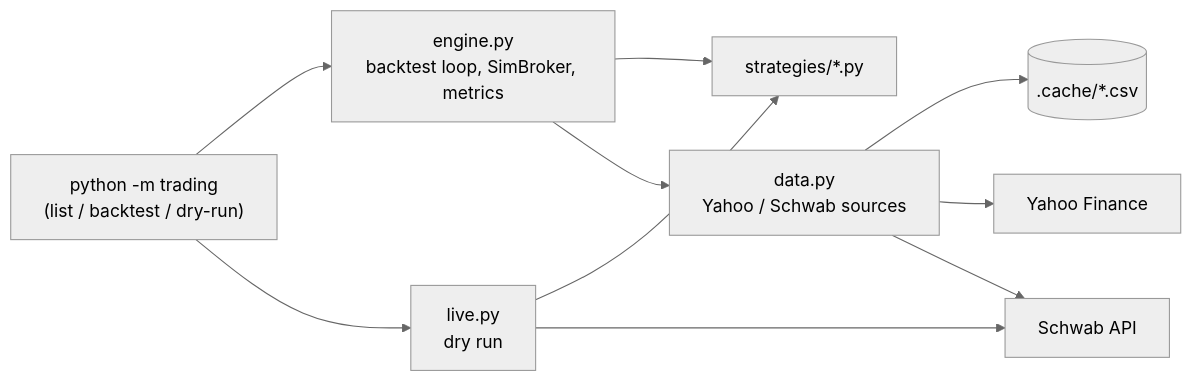
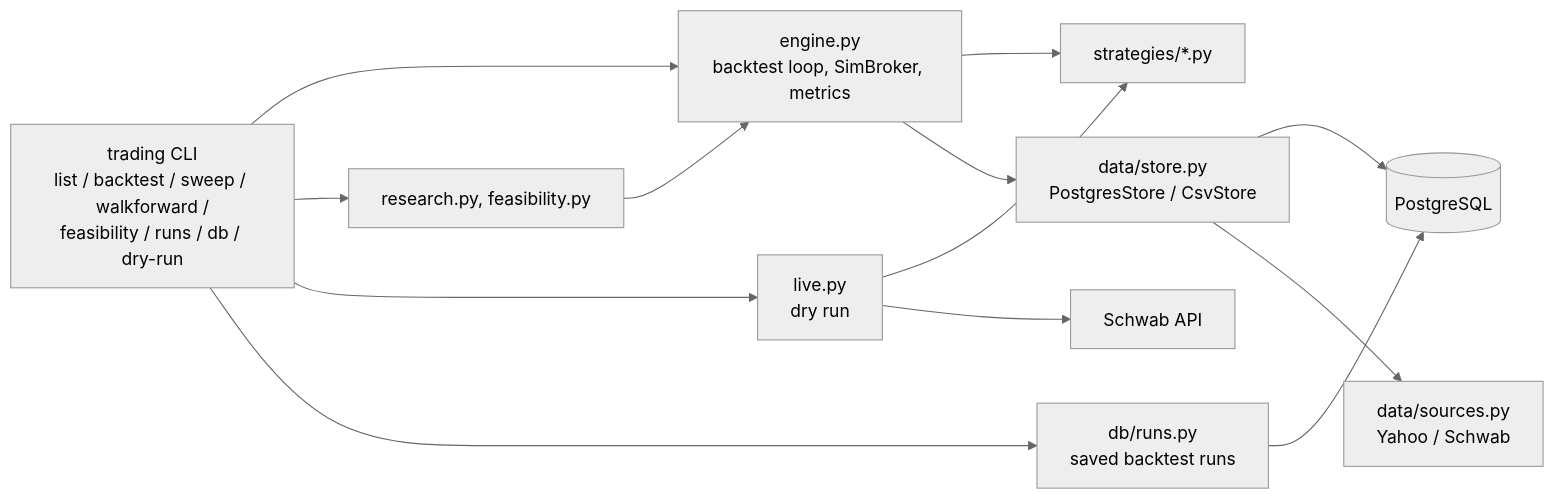
One commit to wkokomoor/trading_v1 changed the first of 3 diagrams in docs/DEVELOPMENT_PLAN.md. Above: the diagram before and after it, drawn with Mermaid (neutral theme). The commit also changed other lines of this file, not shown here.

````diff
--- a/docs/DEVELOPMENT_PLAN.md
+++ b/docs/DEVELOPMENT_PLAN.md
@@ -22,12 +24,15 @@
 ```mermaid
 flowchart LR
-    CLI["python -m trading<br/>(list / backtest / dry-run)"] --> Engine["engine.py<br/>backtest loop, SimBroker, metrics"]
+    CLI["trading CLI<br/>list / backtest / sweep / walkforward /<br/>feasibility / runs / db / dry-run"] --> Engine["engine.py<br/>backtest loop, SimBroker, metrics"]
+    CLI --> Research["research.py, feasibility.py"]
     CLI --> Live["live.py<br/>dry run"]
+    Research --> Engine
     Engine --> Strat["strategies/*.py"]
     Live --> Strat
-    Engine --> Data["data.py<br/>Yahoo / Schwab sources"]
-    Data --> CSV[(".cache/*.csv")]
+    Engine --> Store["data/store.py<br/>PostgresStore / CsvStore"]
+    Store --> PG[("PostgreSQL")]
+    Store --> Sources["data/sources.py<br/>Yahoo / Schwab"]
+    CLI --> Runs["db/runs.py<br/>saved backtest runs"]
+    Runs --> PG
     Live --> Schwab["Schwab API"]
-    Data --> Yahoo["Yahoo Finance"]
-    Data --> Schwab
 ```
````
